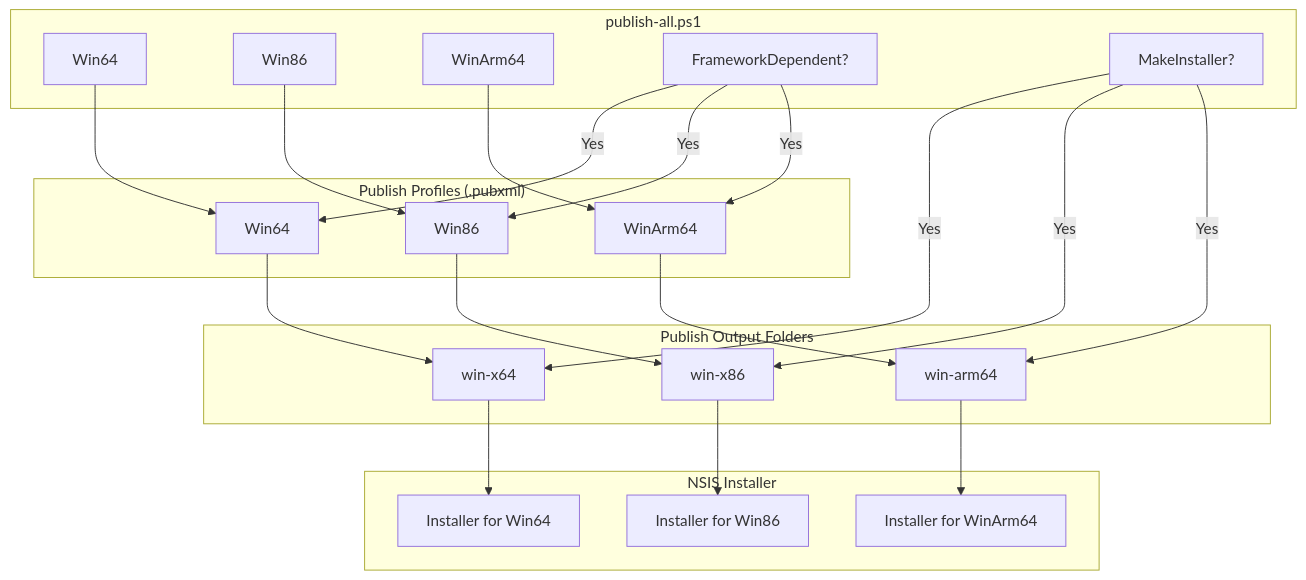
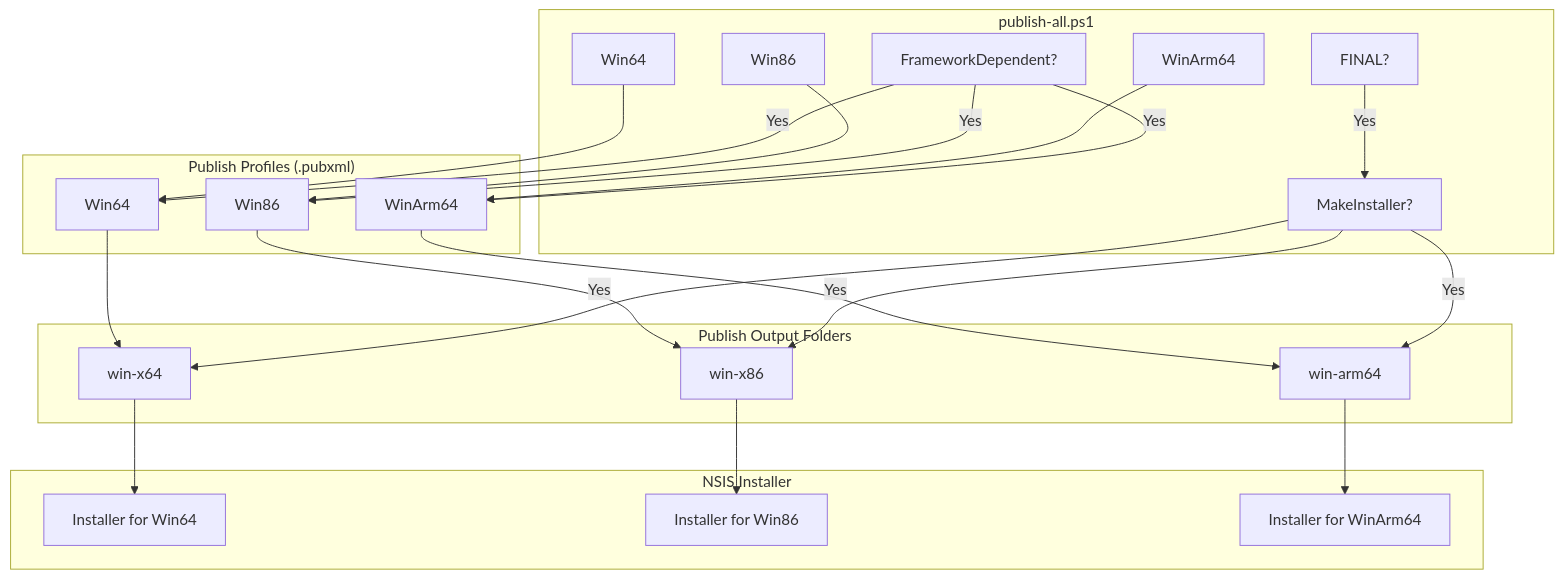
One commit to ultraslayyy/I-am-bored changed the diagram in notepad#/README.md. Above: the diagram before and after it, drawn with Mermaid. The commit also changed other lines of this file and 2 other files, not shown here.

Commit message:
notepad#:Minor improvements

````diff
--- a/notepad#/README.md
+++ b/notepad#/README.md
@@ -68,49 +68,51 @@
 ```mermaid
 flowchart TD
     subgraph PS["publish-all.ps1"]
         P1[Win64]
         P2[Win86]
         P3[WinArm64]
         FD[FrameworkDependent?]
+        FI[FINAL?]
         MI[MakeInstaller?]
     end
 
     subgraph Profiles["Publish Profiles (.pubxml)"]
         A[Win64]
         B[Win86]
         C[WinArm64]
     end
 
     subgraph Output["Publish Output Folders"]
         D[win-x64]
         E[win-x86]
         F[win-arm64]
     end
 
     subgraph Installer["NSIS Installer"]
         G[Installer for Win64]
         H[Installer for Win86]
         I[Installer for WinArm64]
     end
 
     %% Publish flow
     P1 --> A
     P2 --> B
     P3 --> C
     FD -->|Yes| A
     FD -->|Yes| B
     FD -->|Yes| C
 
     A --> D
     B --> E
     C --> F
 
     %% Installer flow
+    FI -->|Yes| MI
     MI -->|Yes| D
     MI -->|Yes| E
     MI -->|Yes| F
 
     D --> G
     E --> H
     F --> I
 ```
````
